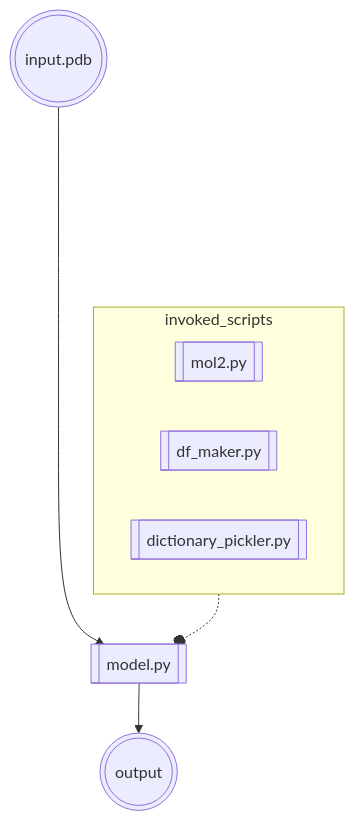
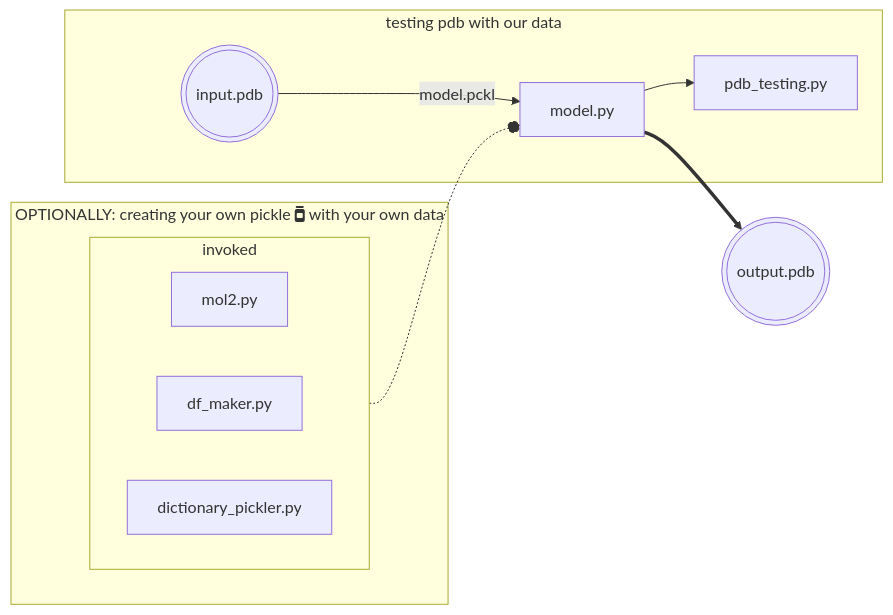
The diagram in README.md (EduardoCantos1998/TrabajoFinalSBI-PYT), drawn with Mermaid before and after one commit. The commit also changed other lines of this file, not shown here.

Commit message:
newREADME

````diff
--- a/README.md
+++ b/README.md
@@ -52,13 +53,18 @@
 ```mermaid
-graph  TD
-A(((input.pdb))) ------> B[[model.py]]
-subgraph invoked_scripts
-  direction LR
-  C[[mol2.py]]
-  D[[df_maker.py]]
-  E[[dictionary_pickler.py]]
+graph  LR
+subgraph OPTIONALLY: creating your own pickle fa:fa-jar with your own data;
+  subgraph invoked;
+    direction LR;
+    C[mol2.py];
+    D[df_maker.py];
+    E[dictionary_pickler.py];
+  end
 end
+invoked -.-o B[model.py]
+subgraph testing pdb with our data;
+  A(((input.pdb))) -- model.pckl --> B;
+  B --> F[pdb_testing.py];
+end;
 
-invoked_scripts -.-o B
-B--> Z(((output)))
+B ==> Z(((output.pdb)))
 ```
````
